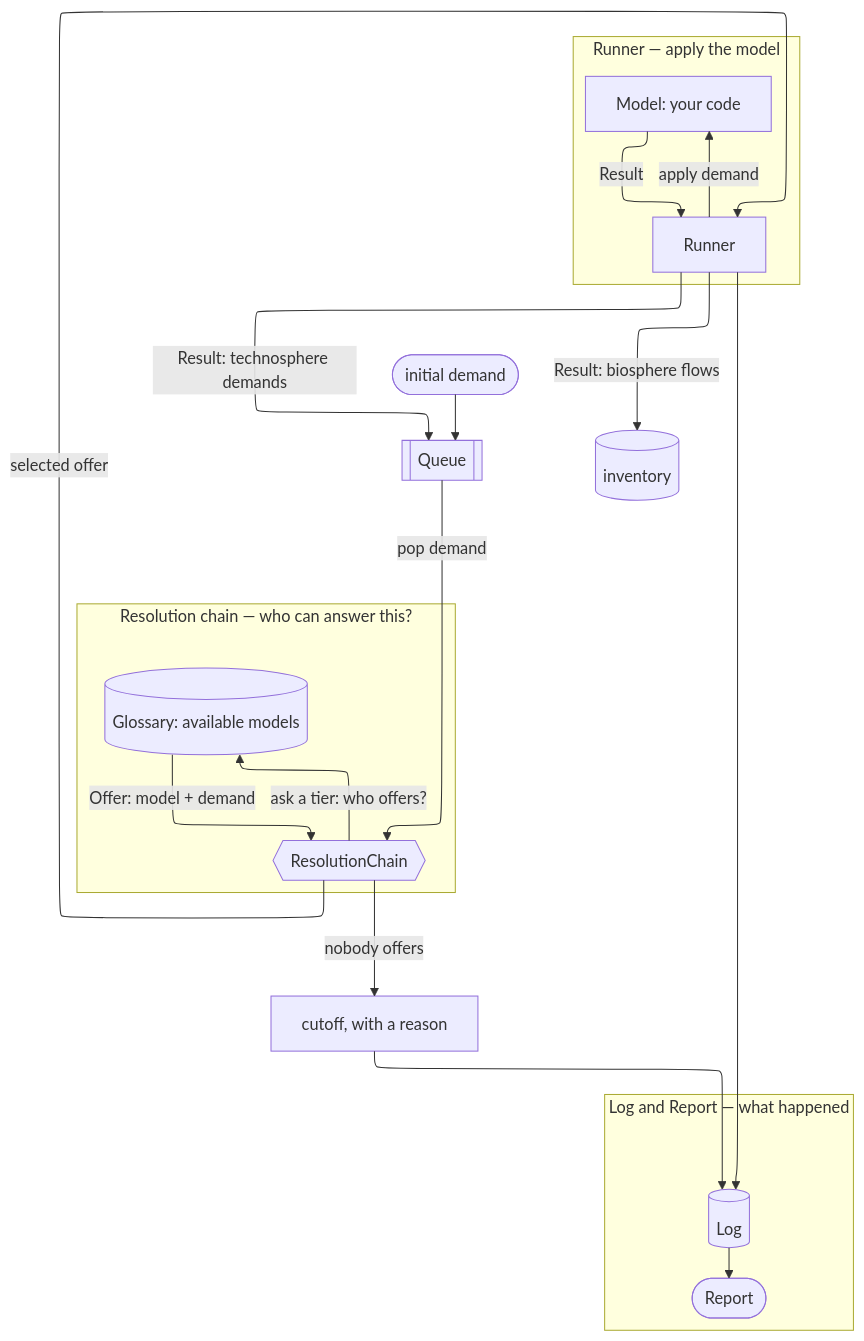
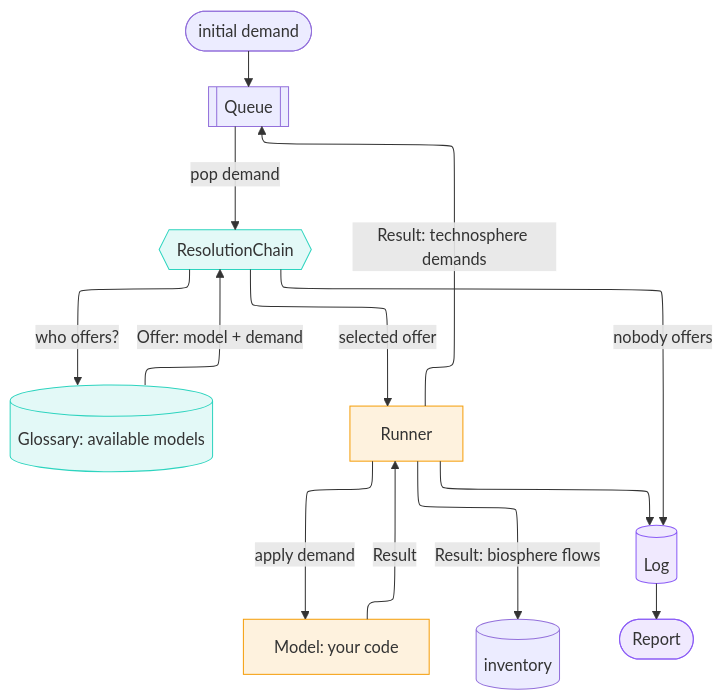
One commit to TimoDiepers/trailrunner changed the diagram in docs/index.md. Above: the diagram before and after it, drawn with Mermaid. The commit also changed 2 other files, not shown here.

````diff
--- a/docs/index.md
+++ b/docs/index.md
@@ -15,37 +15,29 @@
 ```mermaid
 %%{init: {'layout': 'elk'}}%%
 flowchart TB
     D([initial demand]) --> Q
     Q[[Queue]]
 
-    Q -->|pop demand| C
+    Q -->|pop demand| C{{ResolutionChain}}
+    C -->|who offers?| G[(Glossary: available models)]
+    G -->|Offer: model + demand| C
 
-    subgraph RES["Resolution chain — who can answer this?"]
-        C{{ResolutionChain}}
-        G[(Glossary: available models)]
-        C -->|ask a tier: who offers?| G
-        G -->|Offer: model + demand| C
-    end
+    C -->|nobody offers| L[(Log)]
+    C -->|selected offer| R[Runner]
 
-    C -->|nobody offers| X[cutoff, with a reason]
-    C -->|selected offer| R
-
-    subgraph EXEC["Runner — apply the model"]
-        R[Runner]
-        M[Model: your code]
-        R -->|apply demand| M
-        M -->|Result| R
-    end
+    R -->|apply demand| M[Model: your code]
+    M -->|Result| R
 
     R -->|Result: technosphere demands| Q
     R -->|Result: biosphere flows| I[(inventory)]
 
-    subgraph REC["Log and Report — what happened"]
-        L[(Log)]
-        P([Report])
-        L --> P
-    end
+    R --> L
+    L --> P([Report])
 
-    X --> L
-    R --> L
+    classDef resolution fill:#2dd4bf22,stroke:#2dd4bf
+    classDef execution fill:#f59e0b22,stroke:#f59e0b
+    classDef record fill:#8b5cf622,stroke:#8b5cf6
+    class C,G resolution
+    class R,M execution
+    class L,P record
 ```
````
